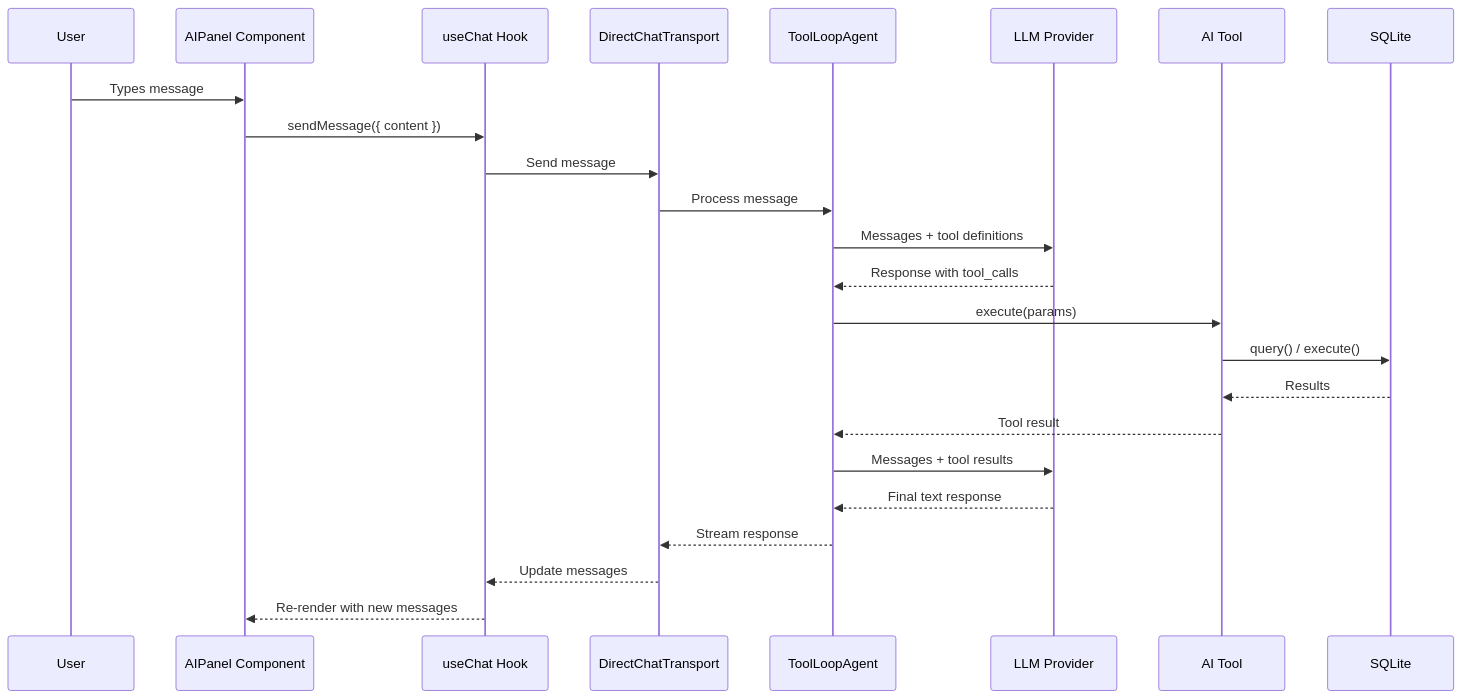
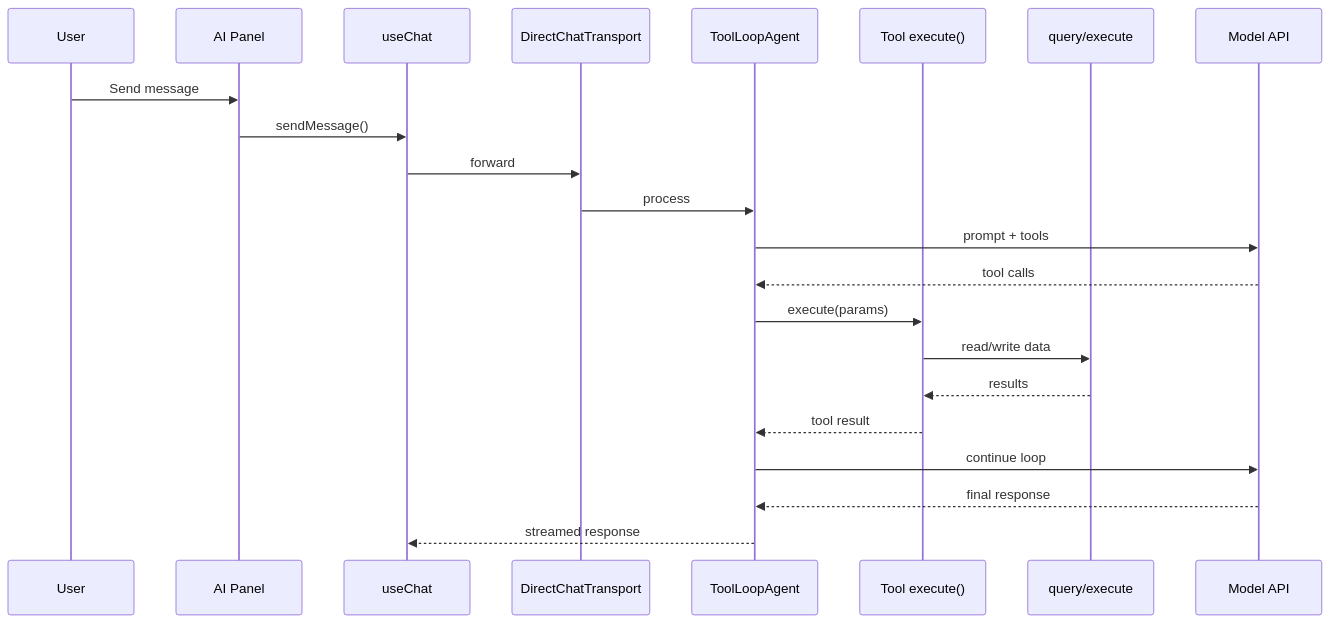
One commit to g0dxn4/Shikin changed the second of 2 diagrams in docs/guides/ARCHITECTURE.md. Above: the diagram before and after it, drawn with Mermaid. The commit also changed other lines of this file and 44 other files, not shown here.

````diff
--- a/docs/guides/ARCHITECTURE.md
+++ b/docs/guides/ARCHITECTURE.md
@@ -108,27 +75,25 @@
 ```mermaid
 sequenceDiagram
     participant User
-    participant AIPanel as AIPanel Component
-    participant useChat as useChat Hook
+    participant Panel as AI Panel
+    participant Chat as useChat
     participant Transport as DirectChatTransport
     participant Agent as ToolLoopAgent
-    participant LLM as LLM Provider
-    participant Tool as AI Tool
-    participant DB as SQLite
+    participant Tool as Tool execute()
+    participant DB as query/execute
+    participant LLM as Model API
 
-    User->>AIPanel: Types message
-    AIPanel->>useChat: sendMessage({ content })
-    useChat->>Transport: Send message
-    Transport->>Agent: Process message
-    Agent->>LLM: Messages + tool definitions
-    LLM-->>Agent: Response with tool_calls
+    User->>Panel: Send message
+    Panel->>Chat: sendMessage()
+    Chat->>Transport: forward
+    Transport->>Agent: process
+    Agent->>LLM: prompt + tools
+    LLM-->>Agent: tool calls
     Agent->>Tool: execute(params)
-    Tool->>DB: query() / execute()
-    DB-->>Tool: Results
-    Tool-->>Agent: Tool result
-    Agent->>LLM: Messages + tool results
-    LLM-->>Agent: Final text response
-    Agent-->>Transport: Stream response
-    Transport-->>useChat: Update messages
-    useChat-->>AIPanel: Re-render with new messages
+    Tool->>DB: read/write data
+    DB-->>Tool: results
+    Tool-->>Agent: tool result
+    Agent->>LLM: continue loop
+    LLM-->>Agent: final response
+    Agent-->>Chat: streamed response
 ```
````
